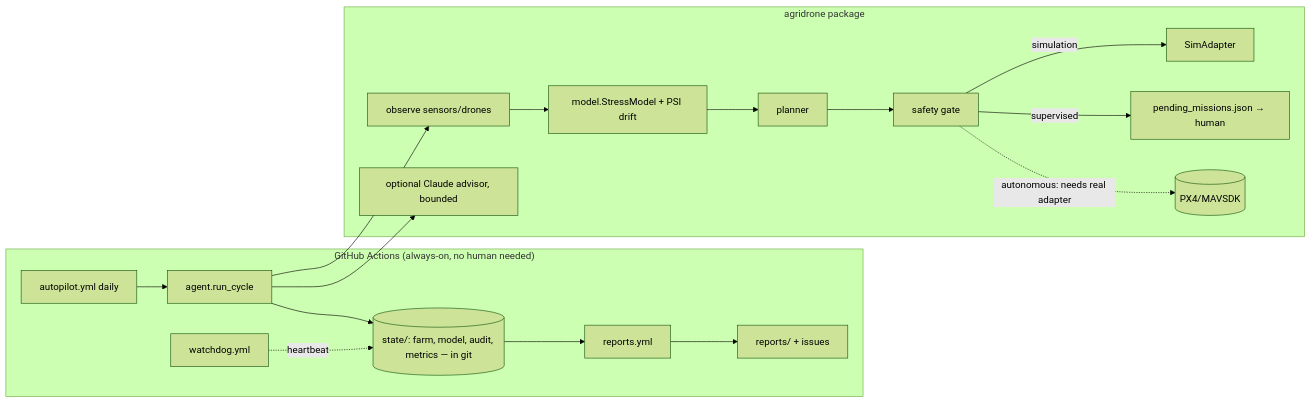
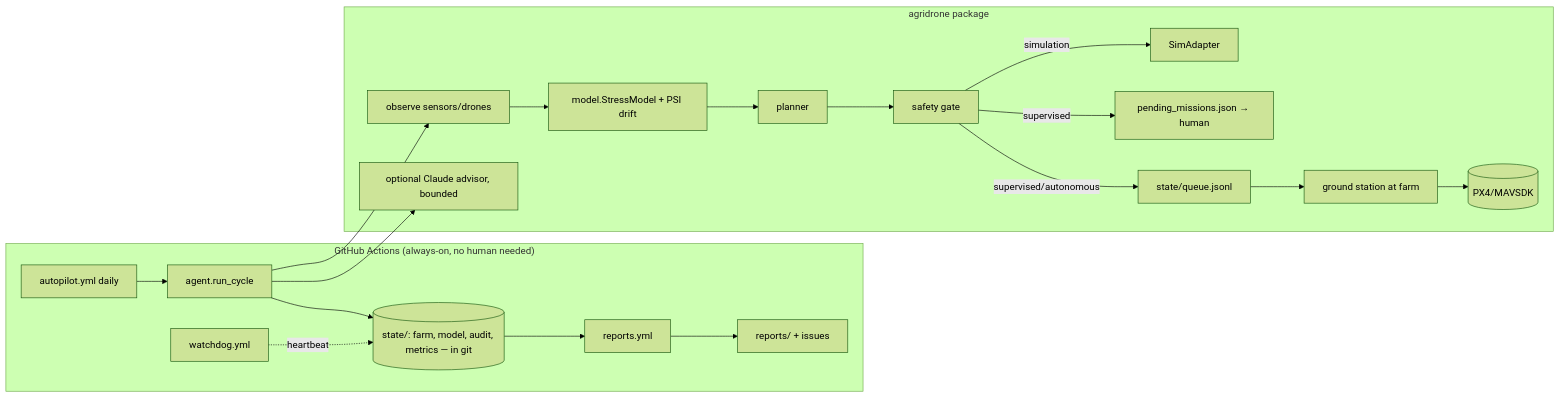
One commit to PradeepSomasundaram1512/AgriDroneAI changed the diagram in docs/ARCHITECTURE.md. Above: the diagram before and after it, drawn with Mermaid (forest theme). The commit also changed other lines of this file and 12 other files, not shown here.

Commit message:
Add PX4/MAVSDK drone adapter and unattended ground station

````diff
--- a/docs/ARCHITECTURE.md
+++ b/docs/ARCHITECTURE.md
@@ -3,20 +3,21 @@
 ```mermaid
 flowchart LR
   subgraph Scheduler["GitHub Actions (always-on, no human needed)"]
     AP[autopilot.yml daily] --> CY
     WD[watchdog.yml] -.heartbeat.-> ST
     RP[reports.yml] --> RPT[reports/ + issues]
   end
   subgraph Agent["agridrone package"]
     CY[agent.run_cycle] --> OBS[observe sensors/drones]
     OBS --> ML[model.StressModel + PSI drift]
     ML --> PL[planner]
     PL --> SG[safety gate]
     SG -->|simulation| SIM[SimAdapter]
     SG -->|supervised| PEND[pending_missions.json → human]
-    SG -.autonomous: needs real adapter.-> HW[(PX4/MAVSDK)]
+    SG -->|supervised/autonomous| Q[state/queue.jsonl]
+    Q --> GS[ground station at farm] --> HW[(PX4/MAVSDK)]
     CY --> ADV[optional Claude advisor, bounded]
   end
   CY --> ST[(state/: farm, model, audit, metrics — in git)]
   ST --> RP
 ```
````
